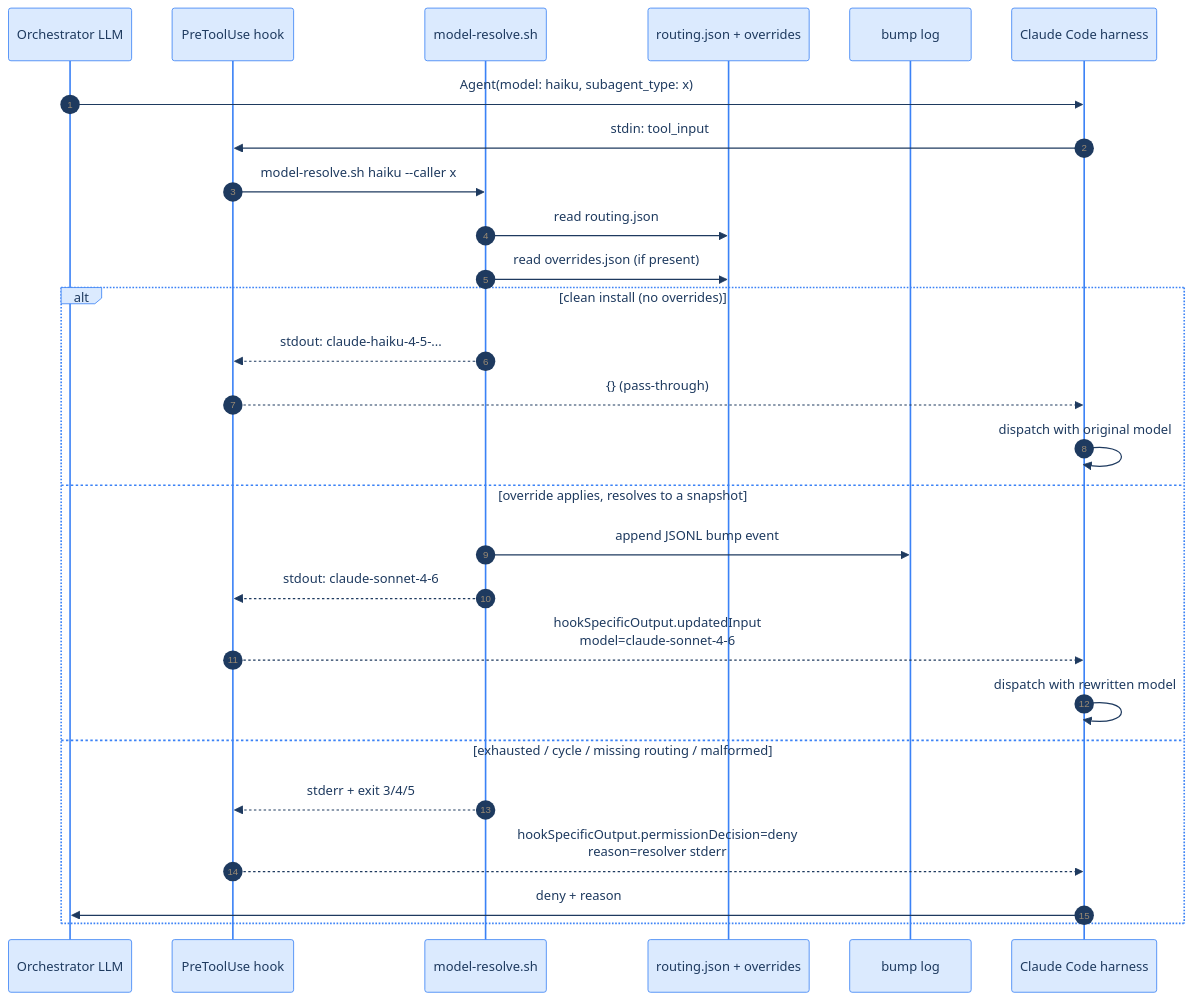
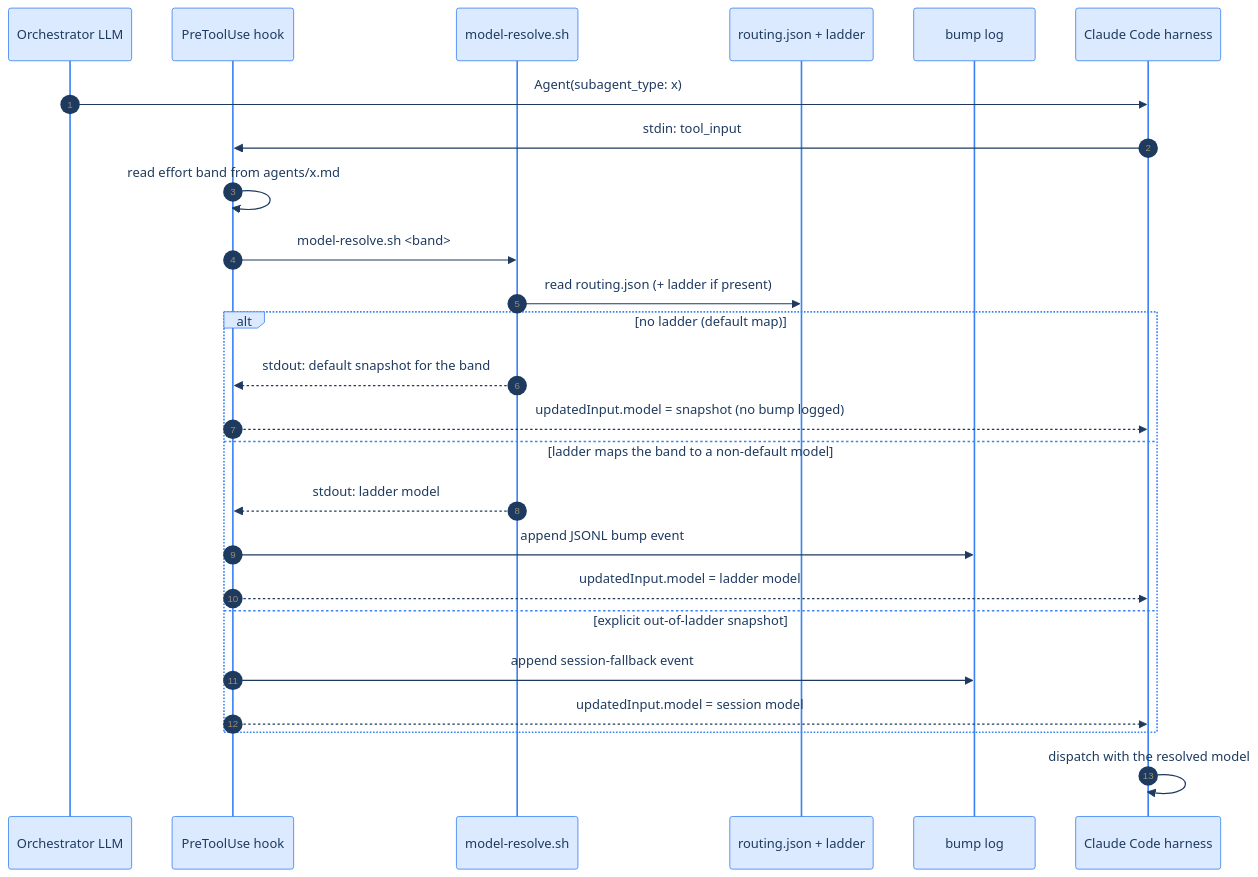
One commit to bdfinst/agentic-dev-team changed the second of 2 diagrams in plugins/dev-team/docs/model-routing.md. Above: the diagram before and after it, drawn with Mermaid. The commit also changed other lines of this file and 90 other files, not shown here.

First line of the commit message:
feat(routing)!: effort-band model routing (replaces model: tiers) (#337)

````diff
--- a/plugins/dev-team/docs/model-routing.md
+++ b/plugins/dev-team/docs/model-routing.md
@@ -58,31 +64,29 @@
 ```mermaid
 %%{init: {'theme': 'base', 'themeVariables': {'primaryColor': '#dbeafe', 'primaryTextColor': '#1e3a5f', 'primaryBorderColor': '#3b82f6', 'lineColor': '#64748b', 'secondaryColor': '#f1f5f9', 'tertiaryColor': '#e0f2fe', 'background': '#ffffff', 'mainBkg': '#dbeafe', 'nodeBorder': '#2563eb', 'clusterBkg': '#eff6ff', 'clusterBorder': '#bfdbfe', 'titleColor': '#1e3a5f', 'edgeLabelBackground': '#f8fafc'}}}%%
 sequenceDiagram
     autonumber
     participant LLM as Orchestrator LLM
     participant H as PreToolUse hook
     participant R as model-resolve.sh
-    participant FS as routing.json + overrides
+    participant FS as routing.json + ladder
     participant Log as bump log
     participant CC as Claude Code harness
 
-    LLM->>CC: Agent(model: haiku, subagent_type: x)
+    LLM->>CC: Agent(subagent_type: x)
     CC->>H: stdin: tool_input
-    H->>R: model-resolve.sh haiku --caller x
-    R->>FS: read routing.json
-    R->>FS: read overrides.json (if present)
-    alt clean install (no overrides)
-        R-->>H: stdout: claude-haiku-4-5-...
-        H-->>CC: {} (pass-through)
-        CC->>CC: dispatch with original model
-    else override applies, resolves to a snapshot
-        R->>Log: append JSONL bump event
-        R-->>H: stdout: claude-sonnet-4-6
-        H-->>CC: hookSpecificOutput.updatedInput<br/>model=claude-sonnet-4-6
-        CC->>CC: dispatch with rewritten model
-    else exhausted / cycle / missing routing / malformed
-        R-->>H: stderr + exit 3/4/5
-        H-->>CC: hookSpecificOutput.permissionDecision=deny<br/>reason=resolver stderr
-        CC->>LLM: deny + reason
+    H->>H: read effort band from agents/x.md
+    H->>R: model-resolve.sh <band>
+    R->>FS: read routing.json (+ ladder if present)
+    alt no ladder (default map)
+        R-->>H: stdout: default snapshot for the band
+        H-->>CC: updatedInput.model = snapshot (no bump logged)
+    else ladder maps the band to a non-default model
+        R-->>H: stdout: ladder model
+        H->>Log: append JSONL bump event
+        H-->>CC: updatedInput.model = ladder model
+    else explicit out-of-ladder snapshot
+        H->>Log: append session-fallback event
+        H-->>CC: updatedInput.model = session model
     end
+    CC->>CC: dispatch with the resolved model
 ```
````
